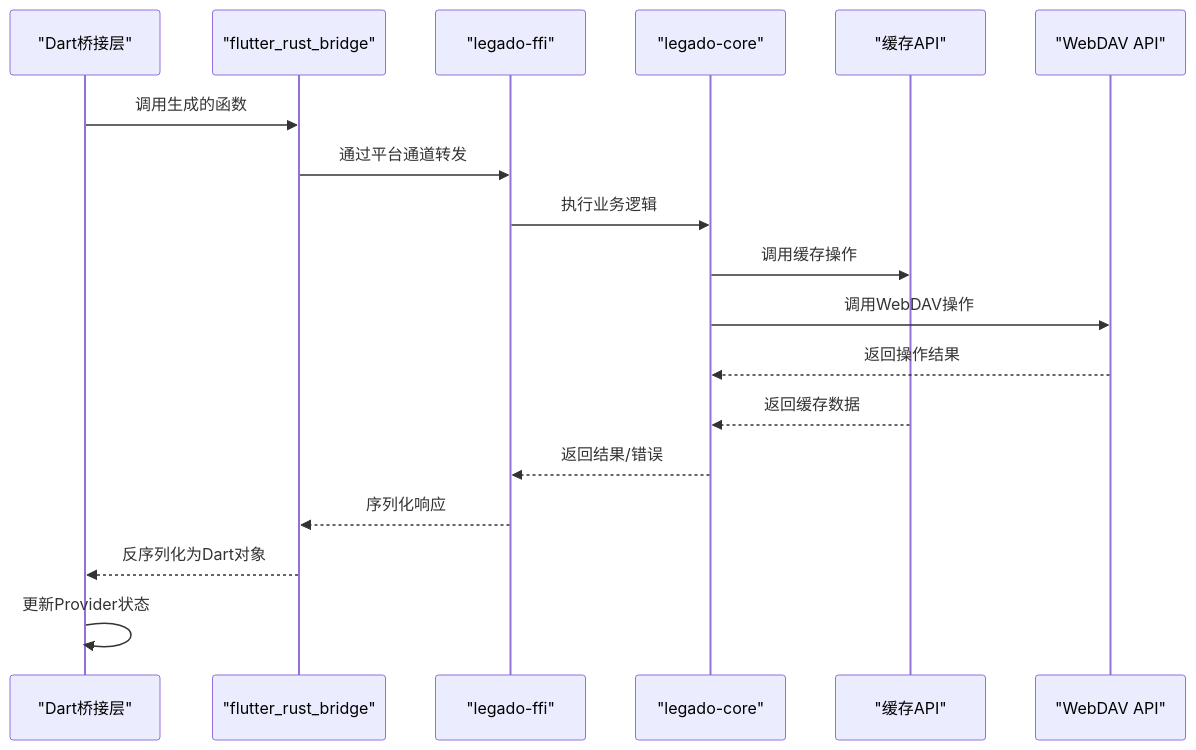
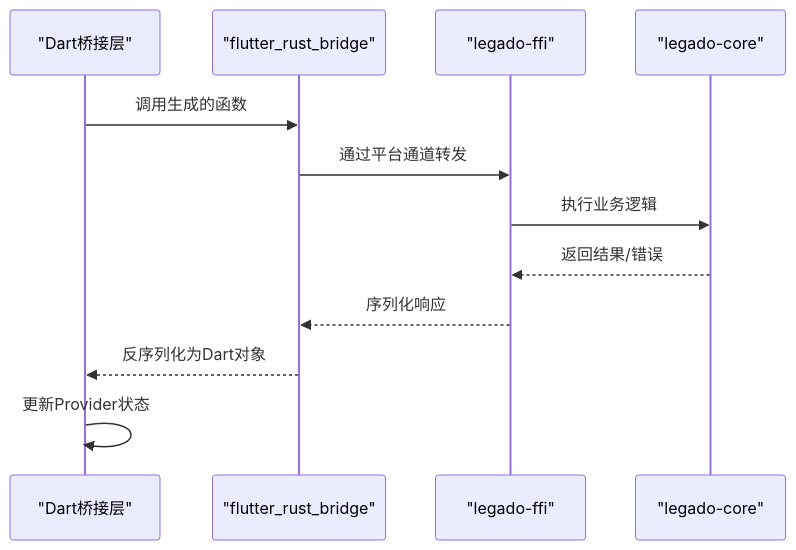
Before and after one commit to ZhangGHGitHub/LegadoTeamFlutter: the sixth of 8 diagrams in .qoder/repowiki/zh/content/Flutter跨平台应用/Flutter跨平台应用.md, drawn with Mermaid. The commit also changed other lines of this file and 60 other files, not shown here.

````diff
--- a/.qoder/repowiki/zh/content/Flutter跨平台应用/Flutter跨平台应用.md
+++ b/.qoder/repowiki/zh/content/Flutter跨平台应用/Flutter跨平台应用.md
@@ -464,20 +329,14 @@
 ```mermaid
 sequenceDiagram
 participant Dart as "Dart桥接层"
 participant FRB as "flutter_rust_bridge"
 participant FFI as "legado-ffi"
 participant Core as "legado-core"
-participant Cache as "缓存API"
-participant WebDav as "WebDAV API"
 Dart->>FRB : 调用生成的函数
 FRB->>FFI : 通过平台通道转发
 FFI->>Core : 执行业务逻辑
-Core->>Cache : 调用缓存操作
-Core->>WebDav : 调用WebDAV操作
-WebDav-->>Core : 返回操作结果
-Cache-->>Core : 返回缓存数据
 Core-->>FFI : 返回结果/错误
 FFI-->>FRB : 序列化响应
 FRB-->>Dart : 反序列化为Dart对象
 Dart->>Dart : 更新Provider状态
 ```
````
